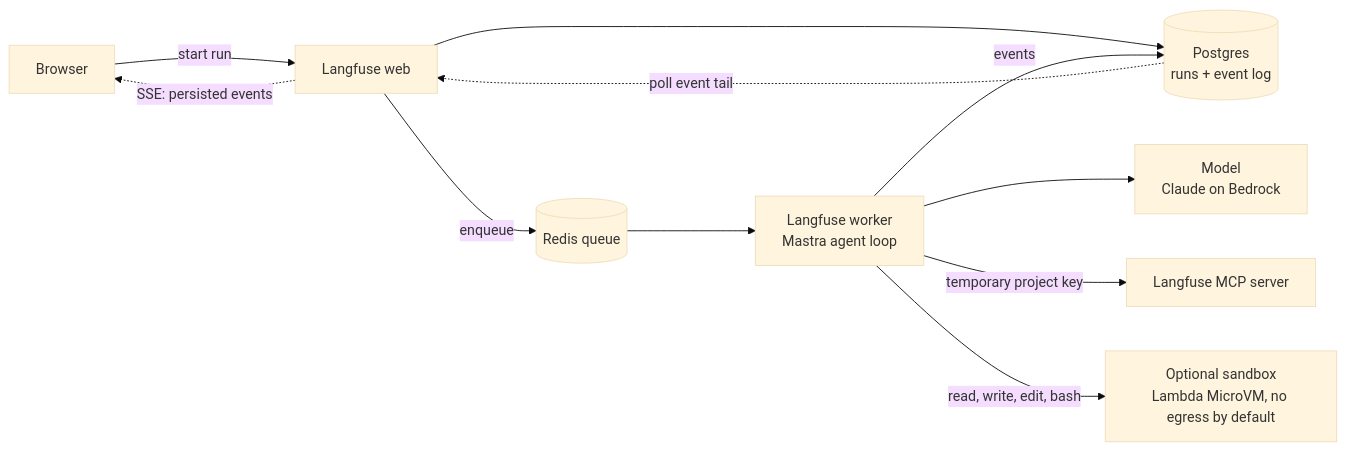
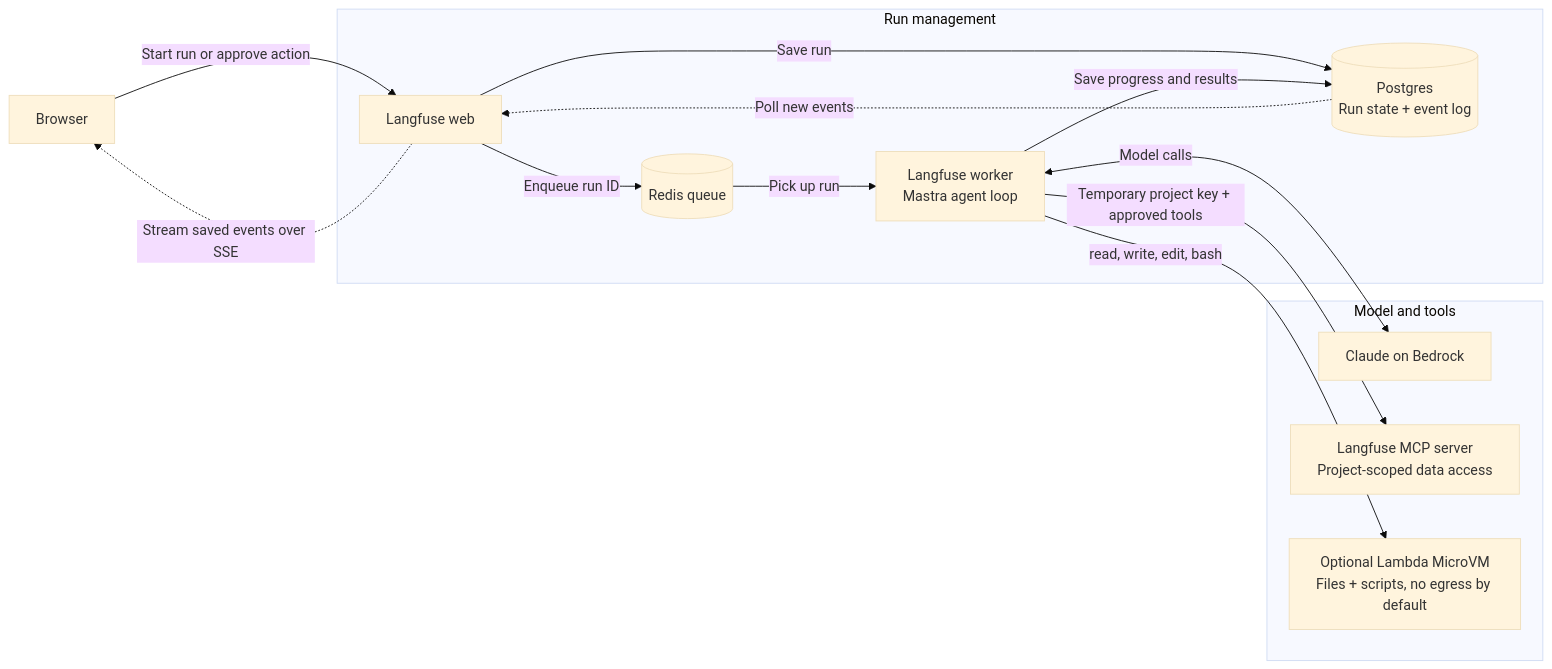
The second of 3 diagrams in content/blog/2026-10-21-building-the-langfuse-assistant.mdx (langfuse/langfuse-docs), drawn with Mermaid (base theme) before and after one commit. The commit also changed other lines of this file, not shown here.

````diff
--- a/content/blog/2026-10-21-building-the-langfuse-assistant.mdx
+++ b/content/blog/2026-10-21-building-the-langfuse-assistant.mdx
@@ -53,13 +46,28 @@
 ```mermaid
 flowchart LR
-  B[Browser] -->|start run| W[Langfuse web]
-  W -.->|SSE: persisted events| B
-  W -->|enqueue| Q[(Redis queue)]
-  W --> P[(Postgres<br/>runs + event log)]
-  P -.->|poll event tail| W
-  Q --> K[Langfuse worker<br/>Mastra agent loop]
-  K -->|events| P
-  K --> M[Model<br/>Claude on Bedrock]
-  K -->|temporary project key| MCP[Langfuse MCP server]
-  K -->|read, write, edit, bash| S[Optional sandbox<br/>Lambda MicroVM, no egress by default]
+  B[Browser]
+
+  subgraph runs[Run management]
+    W[Langfuse web]
+    Q[(Redis queue)]
+    P[(Postgres<br/>Run state + event log)]
+    K[Langfuse worker<br/>Mastra agent loop]
+    W -->|Save run| P
+    W -->|Enqueue run ID| Q
+    Q -->|Pick up run| K
+    K -->|Save progress and results| P
+    P -.->|Poll new events| W
+  end
+
+  subgraph tools[Model and tools]
+    M[Claude on Bedrock]
+    MCP[Langfuse MCP server<br/>Project-scoped data access]
+    S[Optional Lambda MicroVM<br/>Files + scripts, no egress by default]
+  end
+
+  B -->|Start run or approve action| W
+  W -.->|Stream saved events over SSE| B
+  K <-->|Model calls| M
+  K -->|Temporary project key + approved tools| MCP
+  K -->|read, write, edit, bash| S
 ```
````
